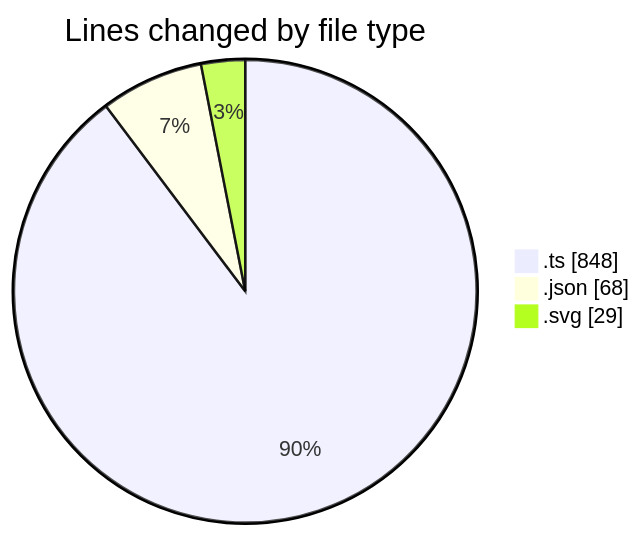
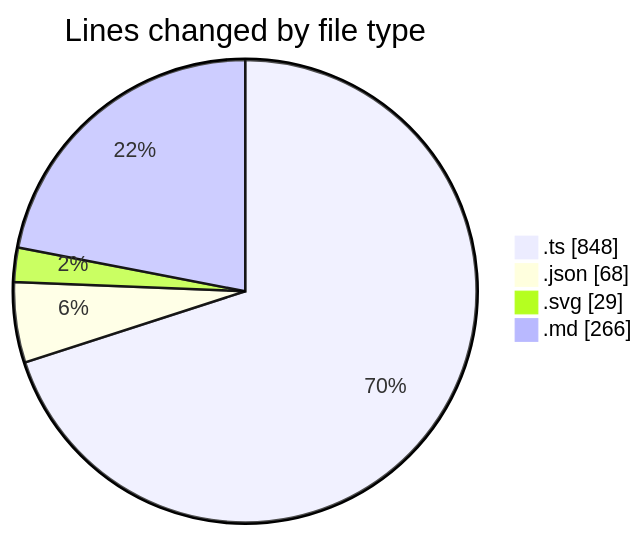
Before and after one commit to ernivani/code-tracking: the first of 2 diagrams in 2024-12-30/my-code-activity-ext/README.md, drawn with Mermaid. The commit also changed other lines of this file and 1 other file, not shown here.

````diff
--- a/2024-12-30/my-code-activity-ext/README.md
+++ b/2024-12-30/my-code-activity-ext/README.md
@@ -24,7 +30,8 @@
 ```mermaid
 pie showData
 title Lines changed by file type
 ".ts" : 848
 ".json" : 68
 ".svg" : 29
+".md" : 266
 ```
````
